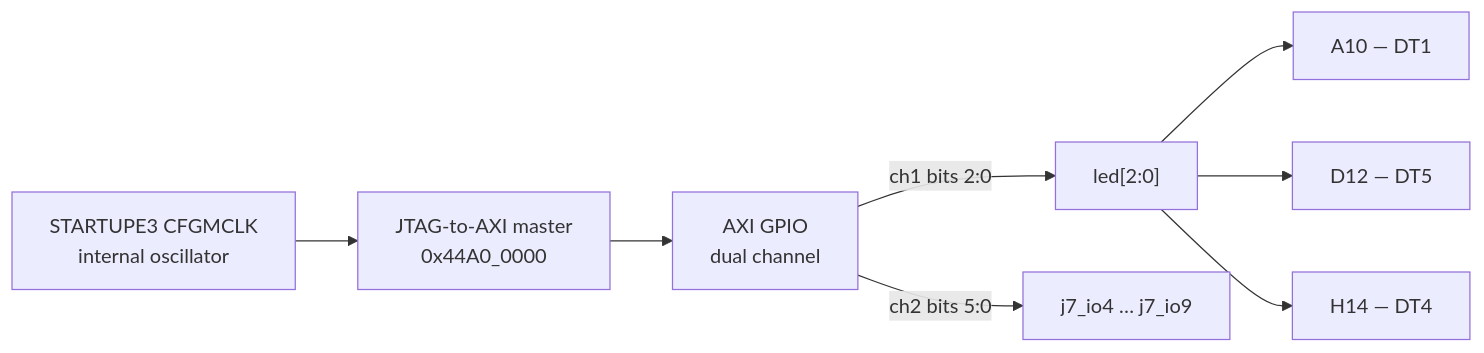
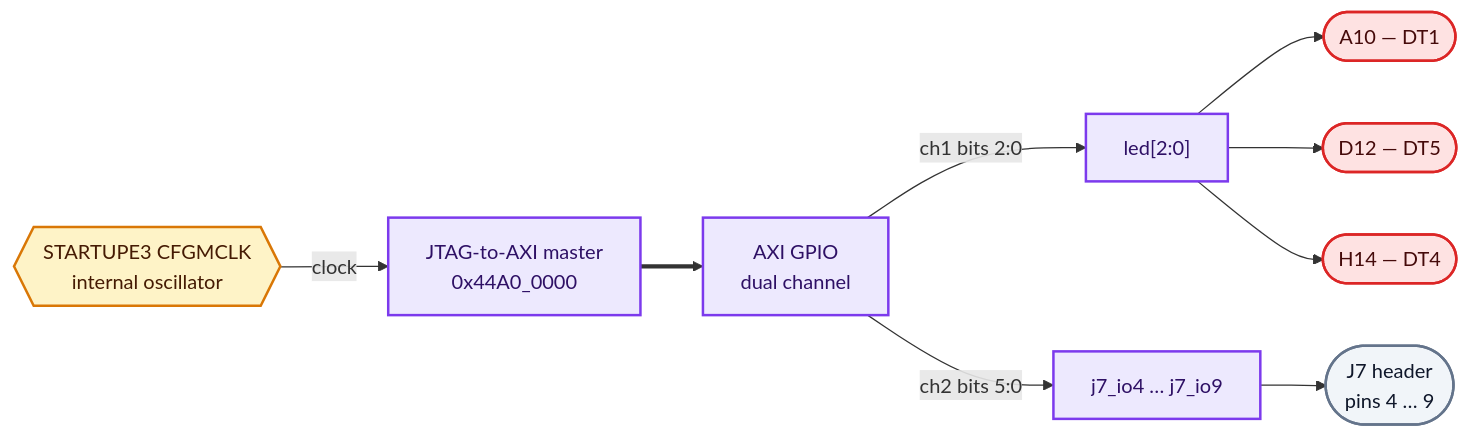
One commit to JutsFunFor/xczu27dr-rfsoc changed the diagram in leds/README.md. Above: the diagram before and after it, drawn with Mermaid. The commit also changed other lines of this file and 16 other files, not shown here.

````diff
--- a/leds/README.md
+++ b/leds/README.md
@@ -44,10 +45,27 @@
 ```mermaid
 flowchart LR
-  AXI["JTAG-to-AXI master<br/>0x44A0_0000"] --> GPIO["AXI GPIO<br/>dual channel"]
+  CLK{{"STARTUPE3 CFGMCLK<br/>internal oscillator"}}
+  AXI["JTAG-to-AXI master<br/>0x44A0_0000"]
+  GPIO["AXI GPIO<br/>dual channel"]
+
+  CLK -->|"clock"| AXI
+  AXI ==> GPIO
+
   GPIO -->|"ch1 bits 2:0"| L["led[2:0]"]
   GPIO -->|"ch2 bits 5:0"| J["j7_io4 … j7_io9"]
-  L --> D1["A10 — DT1"]
-  L --> D5["D12 — DT5"]
-  L --> D4["H14 — DT4"]
-  CLK["STARTUPE3 CFGMCLK<br/>internal oscillator"] --> AXI
+
+  L --> D1(["A10 — DT1"])
+  L --> D5(["D12 — DT5"])
+  L --> D4(["H14 — DT4"])
+  J --> HDR(["J7 header<br/>pins 4 … 9"])
+
+  classDef pl   fill:#ede9fe,stroke:#7c3aed,stroke-width:2px,color:#2e1065
+  classDef clk  fill:#fef3c7,stroke:#d97706,stroke-width:2px,color:#451a03
+  classDef led  fill:#fee2e2,stroke:#dc2626,stroke-width:2px,color:#450a0a
+  classDef ext  fill:#f1f5f9,stroke:#64748b,stroke-width:2px,color:#0f172a
+
+  class AXI,GPIO,L,J pl
+  class CLK clk
+  class D1,D5,D4 led
+  class HDR ext
 ```
````
